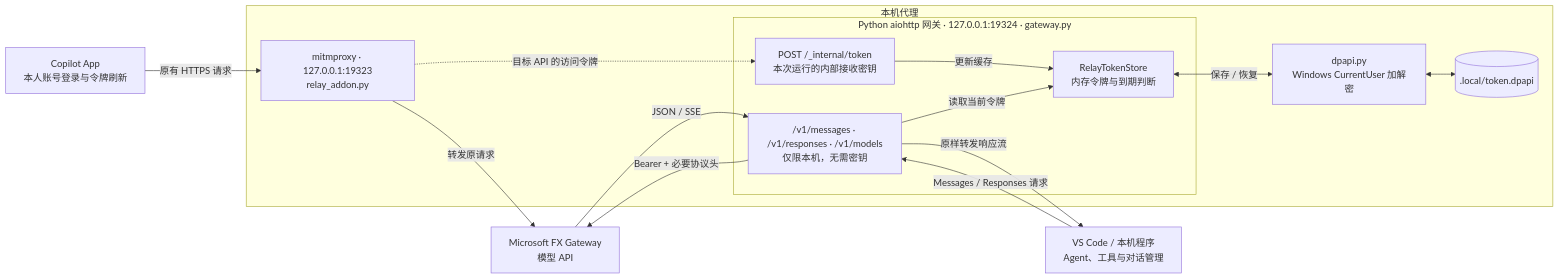
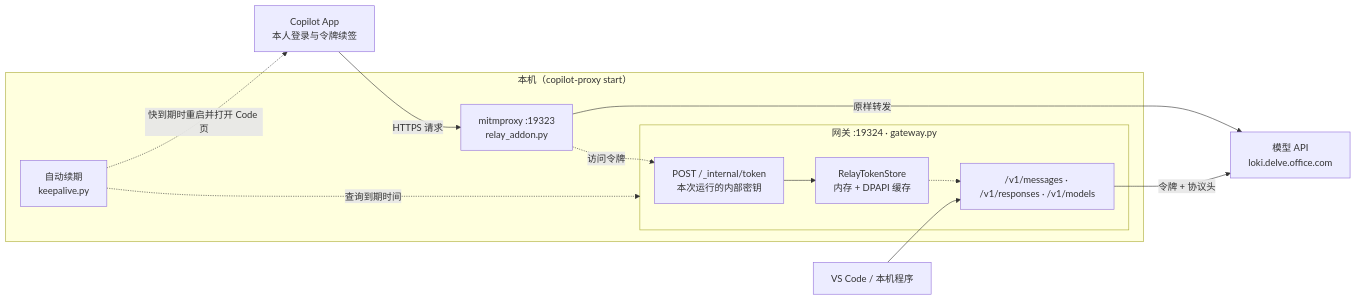
One commit to madderscientist/copilot-app-proxy changed the diagram in README.md. Above: the diagram before and after it, drawn with Mermaid. The commit also changed other lines of this file and 17 other files, not shown here.

First line of the commit message:
feat: 自动续期令牌、前台日志视图与令牌续期调查

````diff
--- a/README.md
+++ b/README.md
@@ -265,29 +298,23 @@
 ```mermaid
 flowchart LR
-  App["Copilot App<br/>本人账号登录与令牌刷新"]
-  VSCode["VS Code / 本机程序<br/>Agent、工具与对话管理"]
-  Upstream["Microsoft FX Gateway<br/>模型 API"]
+  App["Copilot App<br/>本人登录与令牌续签"]
+  Client["VS Code / 本机程序"]
+  Upstream["模型 API<br/>loki.delve.office.com"]
 
-  subgraph Local["本机代理"]
-    Relay["mitmproxy · 127.0.0.1:19323<br/>relay_addon.py"]
-    subgraph Gateway["Python aiohttp 网关 · 127.0.0.1:19324 · gateway.py"]
-      Ingest["POST /_internal/token<br/>本次运行的内部接收密钥"]
-      API["/v1/messages · /v1/responses · /v1/models<br/>仅限本机，无需密钥"]
-      Store["RelayTokenStore<br/>内存令牌与到期判断"]
+  subgraph Local["本机（copilot-proxy start）"]
+    Relay["mitmproxy :19323<br/>relay_addon.py"]
+    subgraph Gateway["网关 :19324 · gateway.py"]
+      Ingest["POST /_internal/token<br/>本次运行的内部密钥"]
+      API["/v1/messages · /v1/responses · /v1/models"]
+      Store["RelayTokenStore<br/>内存 + DPAPI 缓存"]
     end
-    DPAPI["dpapi.py<br/>Windows CurrentUser 加解密"]
-    Cache[(".local/token.dpapi")]
+    Keepalive["自动续期<br/>keepalive.py"]
   end
 
-  App -->|"原有 HTTPS 请求"| Relay
-  Relay -->|"转发原请求"| Upstream
-  Relay -.->|"目标 API 的访问令牌"| Ingest
-  Ingest -->|"更新缓存"| Store
-  Store <-->|"保存 / 恢复"| DPAPI
-  DPAPI <--> Cache
-  VSCode -->|"Messages / Responses 请求"| API
-  API -->|"读取当前令牌"| Store
-  API -->|"Bearer + 必要协议头"| Upstream
-  Upstream -->|"JSON / SSE"| API
-  API -->|"原样转发响应流"| VSCode
+  App -->|"HTTPS 请求"| Relay -->|"原样转发"| Upstream
+  Relay -.->|"访问令牌"| Ingest --> Store
+  Client --> API -->|"令牌 + 协议头"| Upstream
+  Store -.-> API
+  Keepalive -.->|"查询到期时间"| Gateway
+  Keepalive -.->|"快到期时重启并打开 Code 页"| App
 ```
````
